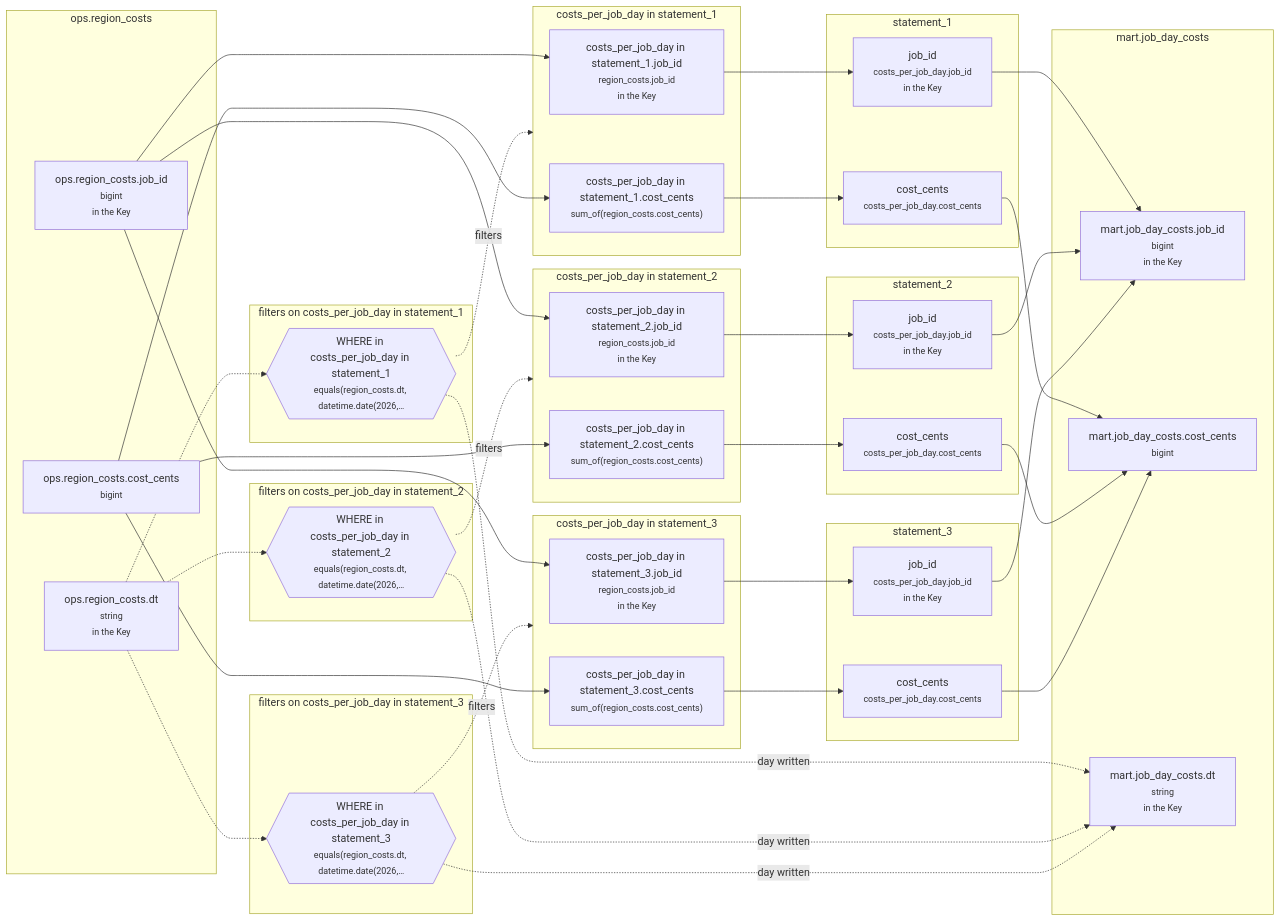
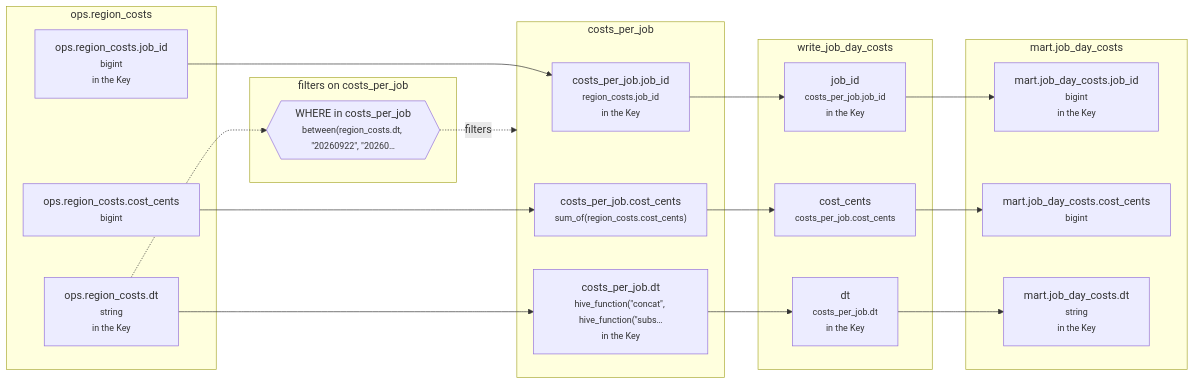
Before and after one commit to EdgyPage/SQL-Composer: the diagram in example_projects/intermediate/tables/mart__job_day_costs/lineage/20260925-060000-mart__job_day_costs.md, drawn with Mermaid. The commit also changed other lines of this file and 134 other files, not shown here.

````diff
--- a/example_projects/intermediate/tables/mart__job_day_costs/lineage/20260925-060000-mart__job_day_costs.md
+++ b/example_projects/intermediate/tables/mart__job_day_costs/lineage/20260925-060000-mart__job_day_costs.md
@@ -8,73 +8,37 @@
 ```mermaid
 flowchart LR
   subgraph g0["ops.region_costs"]
     n0["ops.region_costs.job_id<br/><small>bigint</small><br/><small>in the Key</small>"]
-    n2["ops.region_costs.dt<br/><small>string</small><br/><small>in the Key</small>"]
-    n3["ops.region_costs.cost_cents<br/><small>bigint</small>"]
+    n2["ops.region_costs.cost_cents<br/><small>bigint</small>"]
+    n4["ops.region_costs.dt<br/><small>string</small><br/><small>in the Key</small>"]
   end
-  subgraph g1["costs_per_job_day in statement_1"]
-    n1["costs_per_job_day in statement_1.job_id<br/><small>region_costs.job_id</small><br/><small>in the Key</small>"]
-    n4["costs_per_job_day in statement_1.cost_cents<br/><small>sum_of(region_costs.cost_cents)</small>"]
+  subgraph g1["costs_per_job"]
+    n1["costs_per_job.job_id<br/><small>region_costs.job_id</small><br/><small>in the Key</small>"]
+    n3["costs_per_job.cost_cents<br/><small>sum_of(region_costs.cost_cents)</small>"]
+    n5["costs_per_job.dt<br/><small>hive_function(#quot;concat#quot;, hive_function(#quot;subs…</small><br/><small>in the Key</small>"]
   end
-  subgraph g2["filters on costs_per_job_day in statement_1"]
-    n5{{"WHERE in costs_per_job_day in statement_1<br/><small>equals(region_costs.dt, datetime.date(2026,…</small>"}}
+  subgraph g2["filters on costs_per_job"]
+    n6{{"WHERE in costs_per_job<br/><small>between(region_costs.dt, #quot;20260922#quot;, #quot;20260…</small>"}}
   end
-  subgraph g3["statement_1"]
-    n6["job_id<br/><small>costs_per_job_day.job_id</small><br/><small>in the Key</small>"]
-    n7["cost_cents<br/><small>costs_per_job_day.cost_cents</small>"]
+  subgraph g3["write_job_day_costs"]
+    n7["job_id<br/><small>costs_per_job.job_id</small><br/><small>in the Key</small>"]
+    n8["cost_cents<br/><small>costs_per_job.cost_cents</small>"]
+    n9["dt<br/><small>costs_per_job.dt</small><br/><small>in the Key</small>"]
   end
   subgraph g4["mart.job_day_costs"]
-    n8["mart.job_day_costs.job_id<br/><small>bigint</small><br/><small>in the Key</small>"]
-    n9["mart.job_day_costs.cost_cents<br/><small>bigint</small>"]
-    n10["mart.job_day_costs.dt<br/><small>string</small><br/><small>in the Key</small>"]
-  end
-  subgraph g5["costs_per_job_day in statement_2"]
-    n11["costs_per_job_day in statement_2.job_id<br/><small>region_costs.job_id</small><br/><small>in the Key</small>"]
-    n12["costs_per_job_day in statement_2.cost_cents<br/><small>sum_of(region_costs.cost_cents)</small>"]
-  end
-  subgraph g6["filters on costs_per_job_day in statement_2"]
-    n13{{"WHERE in costs_per_job_day in statement_2<br/><small>equals(region_costs.dt, datetime.date(2026,…</small>"}}
-  end
-  subgraph g7["statement_2"]
-    n14["job_id<br/><small>costs_per_job_day.job_id</small><br/><small>in the Key</small>"]
-    n15["cost_cents<br/><small>costs_per_job_day.cost_cents</small>"]
-  end
-  subgraph g8["costs_per_job_day in statement_3"]
-    n16["costs_per_job_day in statement_3.job_id<br/><small>region_costs.job_id</small><br/><small>in the Key</small>"]
-    n17["costs_per_job_day in statement_3.cost_cents<br/><small>sum_of(region_costs.cost_cents)</small>"]
-  end
-  subgraph g9["filters on costs_per_job_day in statement_3"]
-    n18{{"WHERE in costs_per_job_day in statement_3<br/><small>equals(region_costs.dt, datetime.date(2026,…</small>"}}
-  end
-  subgraph g10["statement_3"]
-    n19["job_id<br/><small>costs_per_job_day.job_id</small><br/><small>in the Key</small>"]
-    n20["cost_cents<br/><small>costs_per_job_day.cost_cents</small>"]
+    n10["mart.job_day_costs.job_id<br/><small>bigint</small><br/><small>in the Key</small>"]
+    n11["mart.job_day_costs.cost_cents<br/><small>bigint</small>"]
+    n12["mart.job_day_costs.dt<br/><small>string</small><br/><small>in the Key</small>"]
   end
   n0 --> n1
-  n3 --> n4
-  n2 -.-> n5
-  n1 --> n6
-  n4 --> n7
-  n6 --> n8
-  n7 --> n9
-  n5 -.->|day written| n10
-  n0 --> n11
-  n3 --> n12
-  n2 -.-> n13
-  n11 --> n14
-  n12 --> n15
-  n14 --> n8
-  n15 --> n9
-  n13 -.->|day written| n10
-  n0 --> n16
-  n3 --> n17
-  n2 -.-> n18
-  n16 --> n19
-  n17 --> n20
-  n19 --> n8
-  n20 --> n9
-  n18 -.->|day written| n10
-  n5 -.->|filters| g1
-  n13 -.->|filters| g5
-  n18 -.->|filters| g8
+  n2 --> n3
+  n4 --> n5
+  n4 -.-> n6
+  n1 --> n7
+  n3 --> n8
+  n5 --> n9
+  n7 --> n10
+  n8 --> n11
+  n9 --> n12
+  n6 -.->|filters| g1
 ```
````
